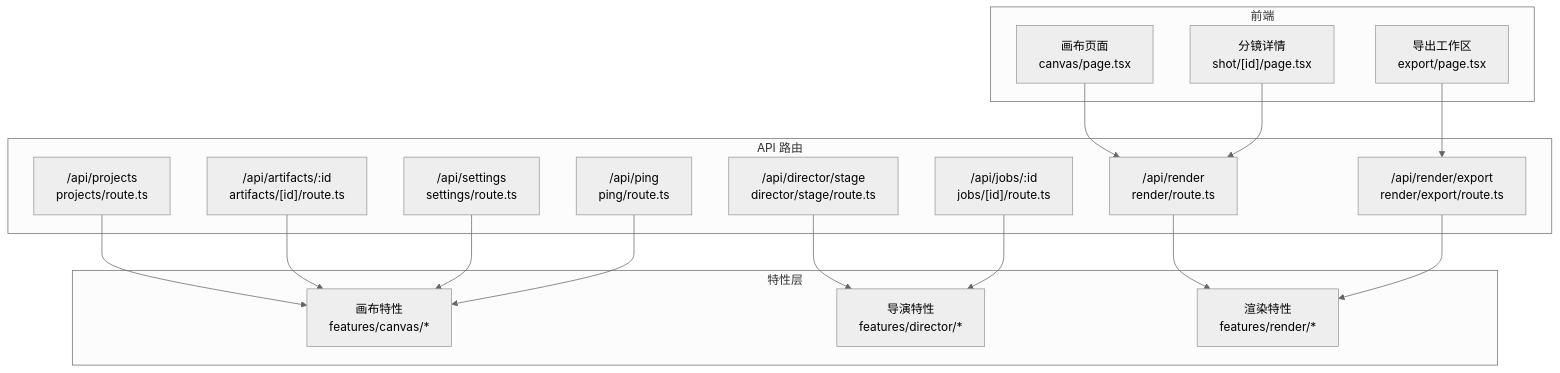
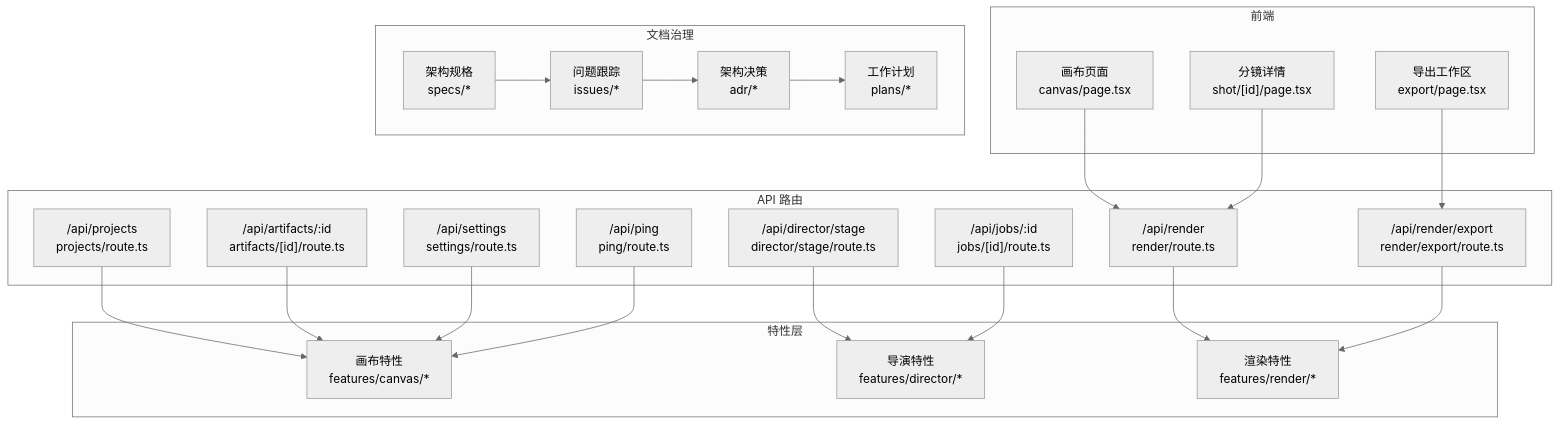
The second of 8 diagrams in .qoder/repowiki/zh/content/开发指南/开发指南.md (AIMFllyYS/code-video-canvas), drawn with Mermaid (neutral theme) before and after one commit. The commit also changed other lines of this file and 51 other files, not shown here.

````diff
--- a/.qoder/repowiki/zh/content/开发指南/开发指南.md
+++ b/.qoder/repowiki/zh/content/开发指南/开发指南.md
@@ -163,34 +188,43 @@
 ```mermaid
 graph TB
 subgraph "前端"
 P1["画布页面<br/>canvas/page.tsx"]
 P2["导出工作区<br/>export/page.tsx"]
 P3["分镜详情<br/>shot/[id]/page.tsx"]
 end
 subgraph "API 路由"
 R1["/api/render<br/>render/route.ts"]
 R2["/api/render/export<br/>render/export/route.ts"]
 R3["/api/director/stage<br/>director/stage/route.ts"]
 R4["/api/jobs/:id<br/>jobs/[id]/route.ts"]
 R5["/api/projects<br/>projects/route.ts"]
 R6["/api/artifacts/:id<br/>artifacts/[id]/route.ts"]
 R7["/api/settings<br/>settings/route.ts"]
 R8["/api/ping<br/>ping/route.ts"]
 end
 subgraph "特性层"
 F1["画布特性<br/>features/canvas/*"]
 F2["导演特性<br/>features/director/*"]
 F3["渲染特性<br/>features/render/*"]
 end
+subgraph "文档治理"
+D1["架构规格<br/>specs/*"]
+D2["问题跟踪<br/>issues/*"]
+D3["架构决策<br/>adr/*"]
+D4["工作计划<br/>plans/*"]
+end
 P1 --> R1
 P2 --> R2
 P3 --> R1
 R1 --> F3
 R2 --> F3
 R3 --> F2
 R4 --> F2
 R5 --> F1
 R6 --> F1
 R7 --> F1
 R8 --> F1
+D1 --> D2
+D2 --> D3
+D3 --> D4
 ```
````
